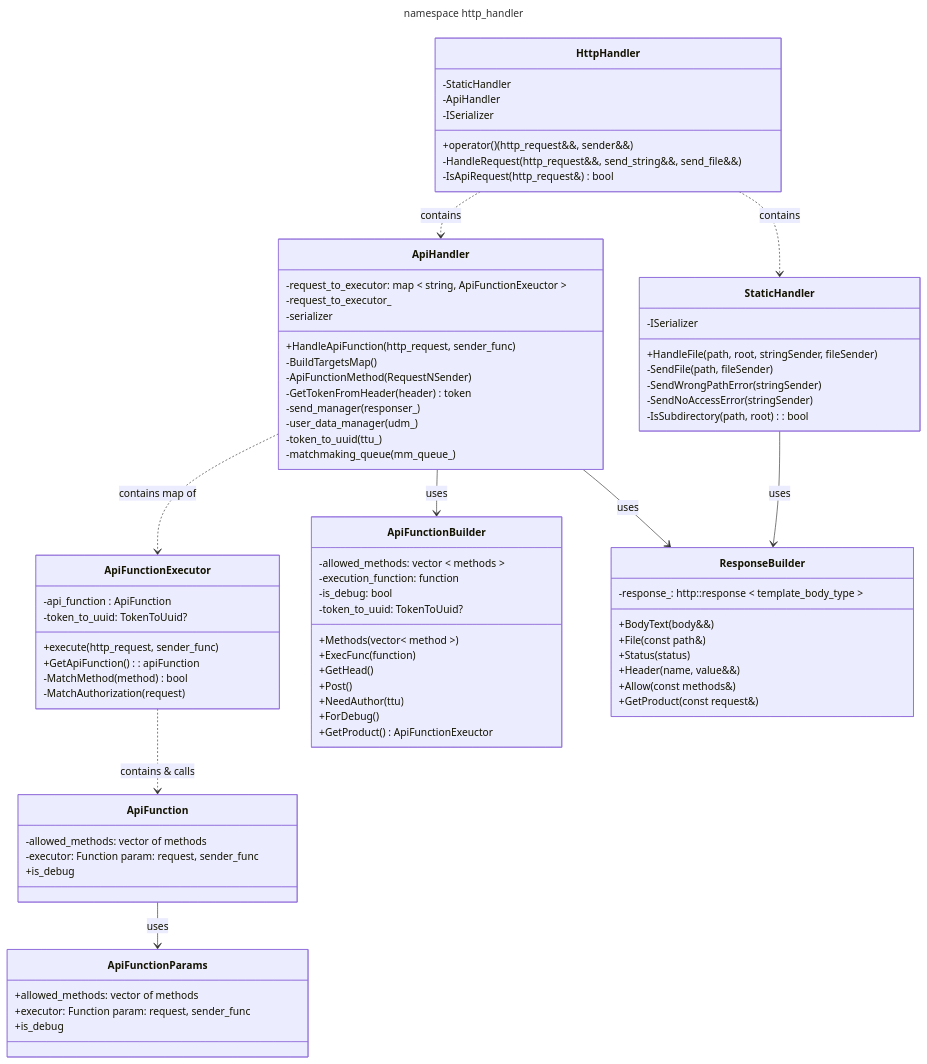
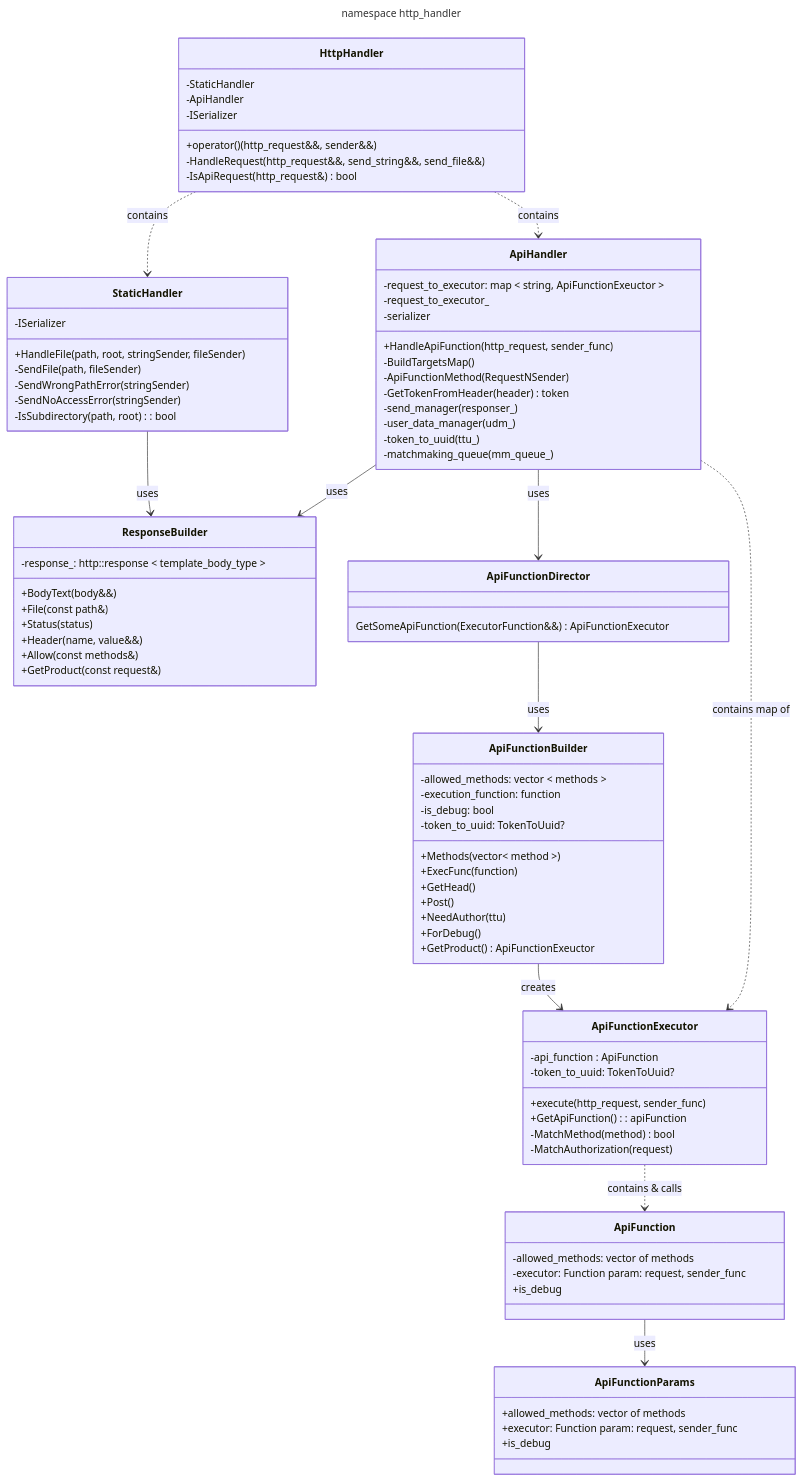
Before and after one commit to LeeDoor/game_webserver: the diagram in docs/http_handler.md, drawn with Mermaid. The commit also changed other lines of this file and 2 other files, not shown here.

```diff
--- a/docs/http_handler.md
+++ b/docs/http_handler.md
@@ -114,12 +120,18 @@
         -response_: http::response < template_body_type >
     }
 
+    class ApiFunctionDirector {
+		GetSomeApiFunction(ExecutorFunction&&) ApiFunctionExecutor
+    }
+
     ApiHandler --> ResponseBuilder : uses
     StaticHandler --> ResponseBuilder : uses
     HttpHandler ..> ApiHandler : contains
     HttpHandler ..> StaticHandler : contains
     ApiHandler ..> ApiFunctionExecutor : contains map of
-    ApiHandler --> ApiFunctionBuilder : uses
+    ApiHandler --> ApiFunctionDirector : uses
+    ApiFunctionDirector --> ApiFunctionBuilder : uses
+    ApiFunctionBuilder --> ApiFunctionExecutor : creates
     ApiFunctionExecutor ..> ApiFunction : contains & calls
     ApiFunction --> ApiFunctionParams : uses
 
```
